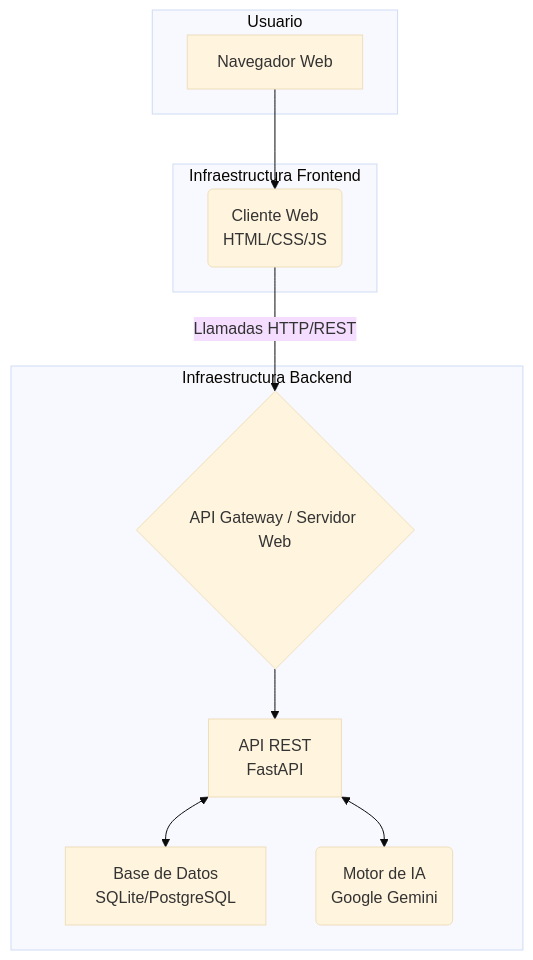
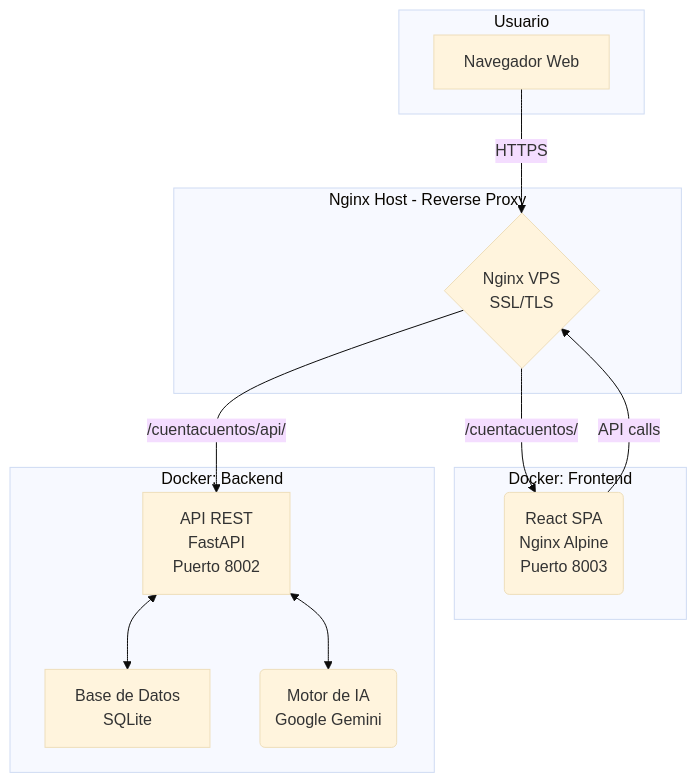
The first of 3 diagrams in docs/ARCHITECTURE.md (CabhuDev/CuentaCuentos), drawn with Mermaid (base theme) before and after one commit. The commit also changed other lines of this file and 59 other files, not shown here.

Commit message:
New React frontend implement

````diff
--- a/docs/ARCHITECTURE.md
+++ b/docs/ARCHITECTURE.md
@@ -9,23 +9,27 @@
 ```mermaid
 graph TD
     subgraph "Usuario"
         A[Navegador Web]
     end
 
-    subgraph "Infraestructura Frontend"
-        B(Cliente Web<br>HTML/CSS/JS)
+    subgraph "Nginx Host - Reverse Proxy"
+        N{Nginx VPS<br>SSL/TLS}
+    end
+
+    subgraph "Docker: Frontend"
+        B(React SPA<br>Nginx Alpine<br>Puerto 8003)
     end
     
-    subgraph "Infraestructura Backend"
-        C{API Gateway / Servidor Web}
-        D[API REST<br>FastAPI]
-        E[Base de Datos<br>SQLite/PostgreSQL]
+    subgraph "Docker: Backend"
+        D[API REST<br>FastAPI<br>Puerto 8002]
+        E[Base de Datos<br>SQLite]
         F(Motor de IA<br>Google Gemini)
     end
 
-    A --> B
-    B --"Llamadas HTTP/REST"--> C
-    C --> D
+    A --"HTTPS"--> N
+    N --"/cuentacuentos/"--> B
+    N --"/cuentacuentos/api/"--> D
+    B --"API calls"--> N
     D <--> E
     D <--> F
 ```
````
